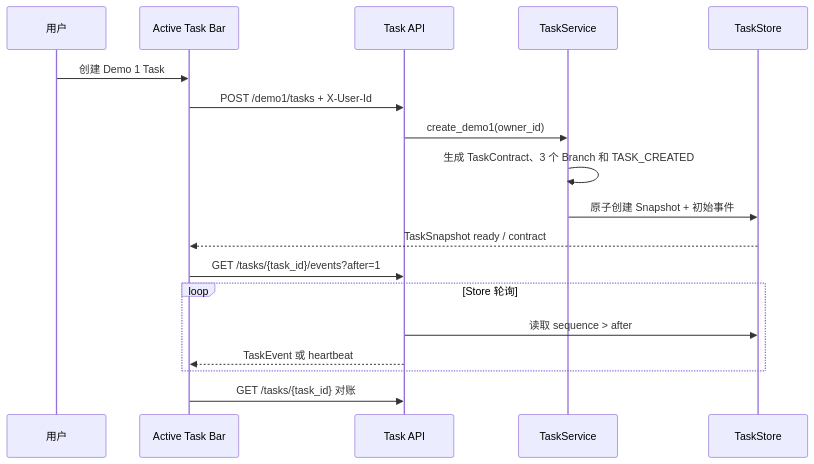
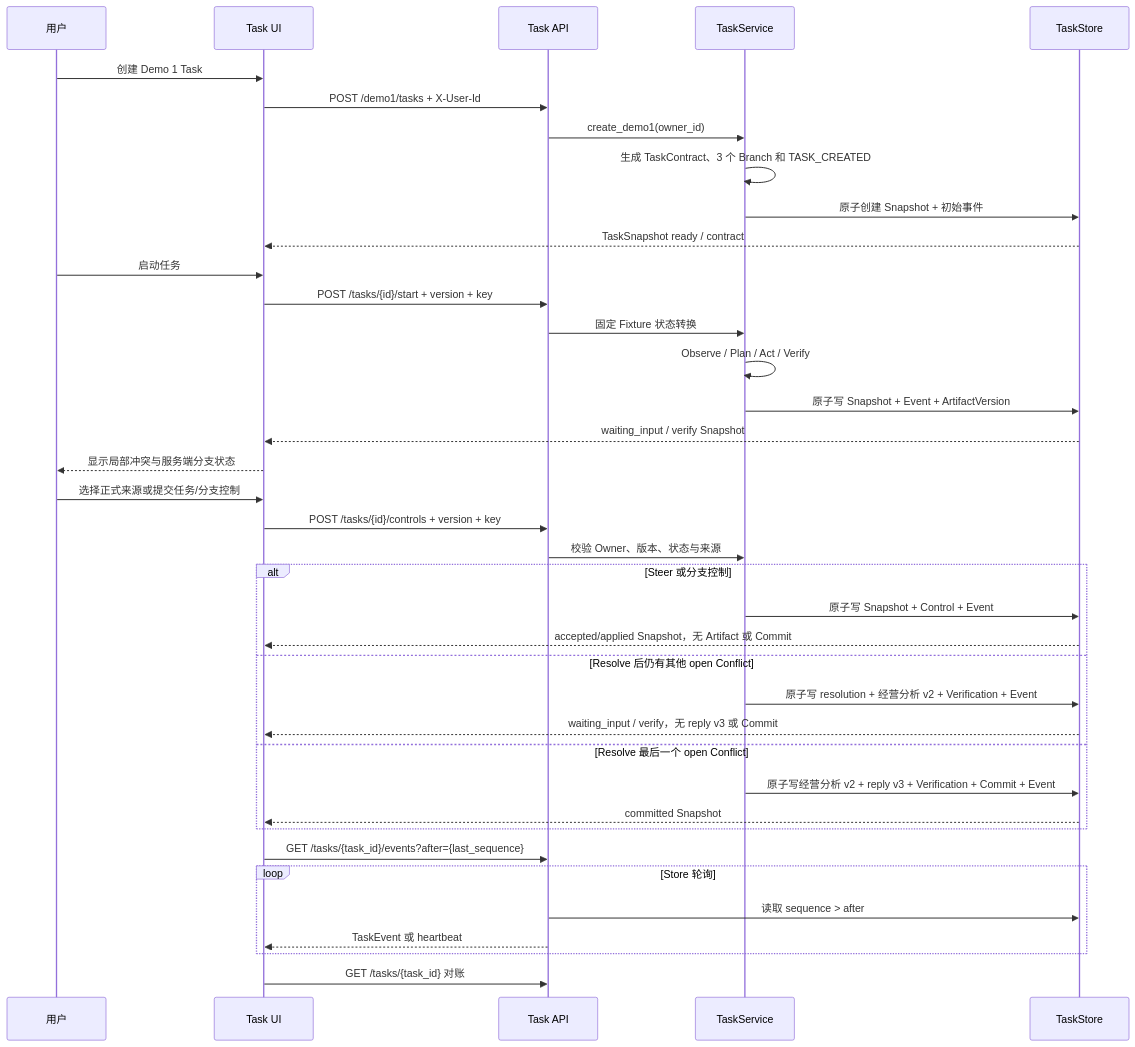
Before and after one commit to Dickey007s/lenovo_agent: the fourth of 4 diagrams in docs/ARCHITECTURE.md, drawn with Mermaid. The commit also changed other lines of this file and 18 other files, not shown here.

````diff
--- a/docs/ARCHITECTURE.md
+++ b/docs/ARCHITECTURE.md
@@ -177,21 +180,41 @@
 ```mermaid
 sequenceDiagram
     participant U as 用户
-    participant W as Active Task Bar
+    participant W as Task UI
     participant A as Task API
     participant S as TaskService
     participant D as TaskStore
 
     U->>W: 创建 Demo 1 Task
     W->>A: POST /demo1/tasks + X-User-Id
     A->>S: create_demo1(owner_id)
     S->>S: 生成 TaskContract、3 个 Branch 和 TASK_CREATED
     S->>D: 原子创建 Snapshot + 初始事件
     D-->>W: TaskSnapshot ready / contract
-    W->>A: GET /tasks/{task_id}/events?after=1
+    U->>W: 启动任务
+    W->>A: POST /tasks/{id}/start + version + key
+    A->>S: 固定 Fixture 状态转换
+    S->>S: Observe / Plan / Act / Verify
+    S->>D: 原子写 Snapshot + Event + ArtifactVersion
+    D-->>W: waiting_input / verify Snapshot
+    W-->>U: 显示局部冲突与服务端分支状态
+    U->>W: 选择正式来源或提交任务/分支控制
+    W->>A: POST /tasks/{id}/controls + version + key
+    A->>S: 校验 Owner、版本、状态与来源
+    alt Steer 或分支控制
+        S->>D: 原子写 Snapshot + Control + Event
+        D-->>W: accepted/applied Snapshot，无 Artifact 或 Commit
+    else Resolve 后仍有其他 open Conflict
+        S->>D: 原子写 resolution + 经营分析 v2 + Verification + Event
+        D-->>W: waiting_input / verify，无 reply v3 或 Commit
+    else Resolve 最后一个 open Conflict
+        S->>D: 原子写经营分析 v2 + reply v3 + Verification + Commit + Event
+        D-->>W: committed Snapshot
+    end
+    W->>A: GET /tasks/{task_id}/events?after={last_sequence}
     loop Store 轮询
         A->>D: 读取 sequence > after
         A-->>W: TaskEvent 或 heartbeat
     end
     W->>A: GET /tasks/{task_id} 对账
 ```
````
